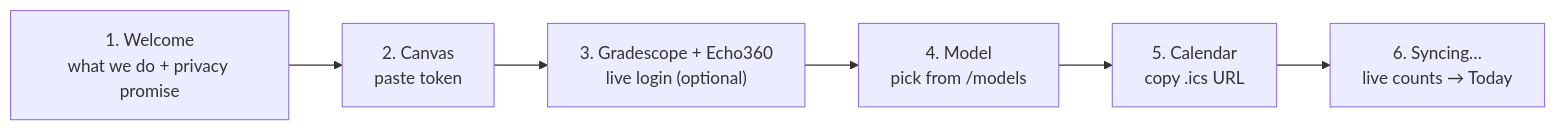
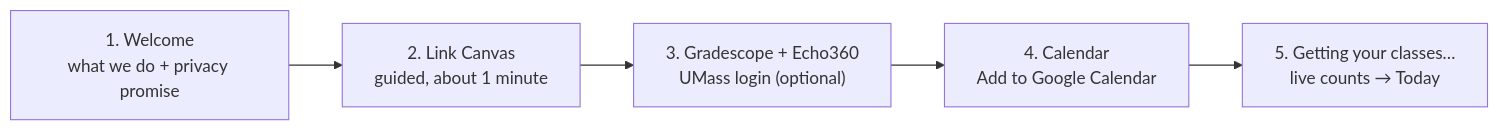
One commit to hariumapathy/hackumass-lms-agent changed the diagram in docs/specs/S31-onboarding-and-connect.md. Above: the diagram before and after it, drawn with Mermaid. The commit also changed other lines of this file and 7 other files, not shown here.

First line of the commit message:
Design for non-technical students; keep Canvas token for MVP

````diff
--- a/docs/specs/S31-onboarding-and-connect.md
+++ b/docs/specs/S31-onboarding-and-connect.md
@@ -15,8 +15,7 @@
 ```mermaid
 flowchart LR
-  A["1. Welcome<br/>what we do + privacy promise"] --> B["2. Canvas<br/>paste token"]
-  B --> C["3. Gradescope + Echo360<br/>live login (optional)"]
-  C --> D["4. Model<br/>pick from /models"]
-  D --> E["5. Calendar<br/>copy .ics URL"]
-  E --> F["6. Syncing…<br/>live counts → Today"]
+  A["1. Welcome<br/>what we do + privacy promise"] --> B["2. Link Canvas<br/>guided, about 1 minute"]
+  B --> C["3. Gradescope + Echo360<br/>UMass login (optional)"]
+  C --> E["4. Calendar<br/>Add to Google Calendar"]
+  E --> F["5. Getting your classes…<br/>live counts → Today"]
 ```
````
